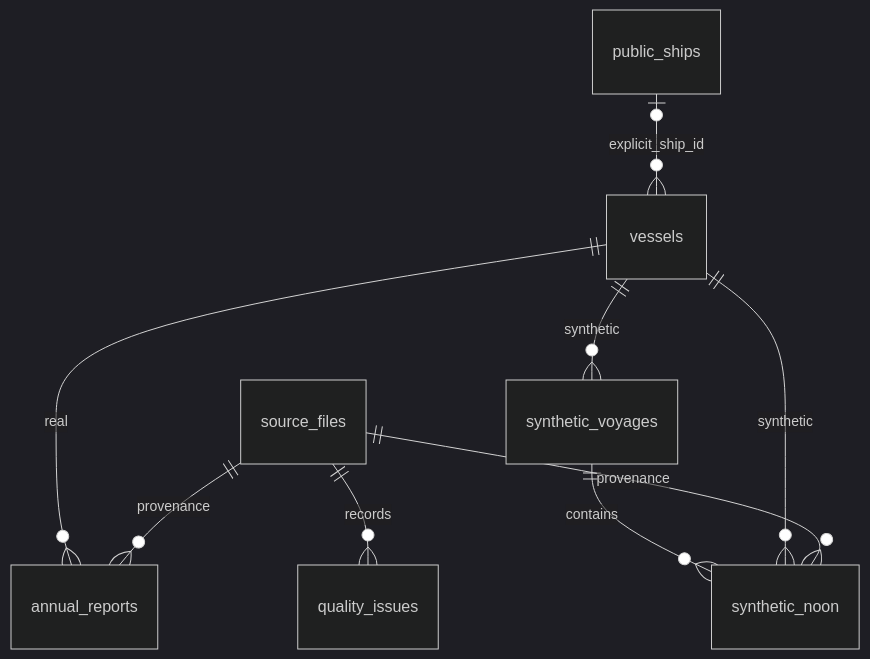
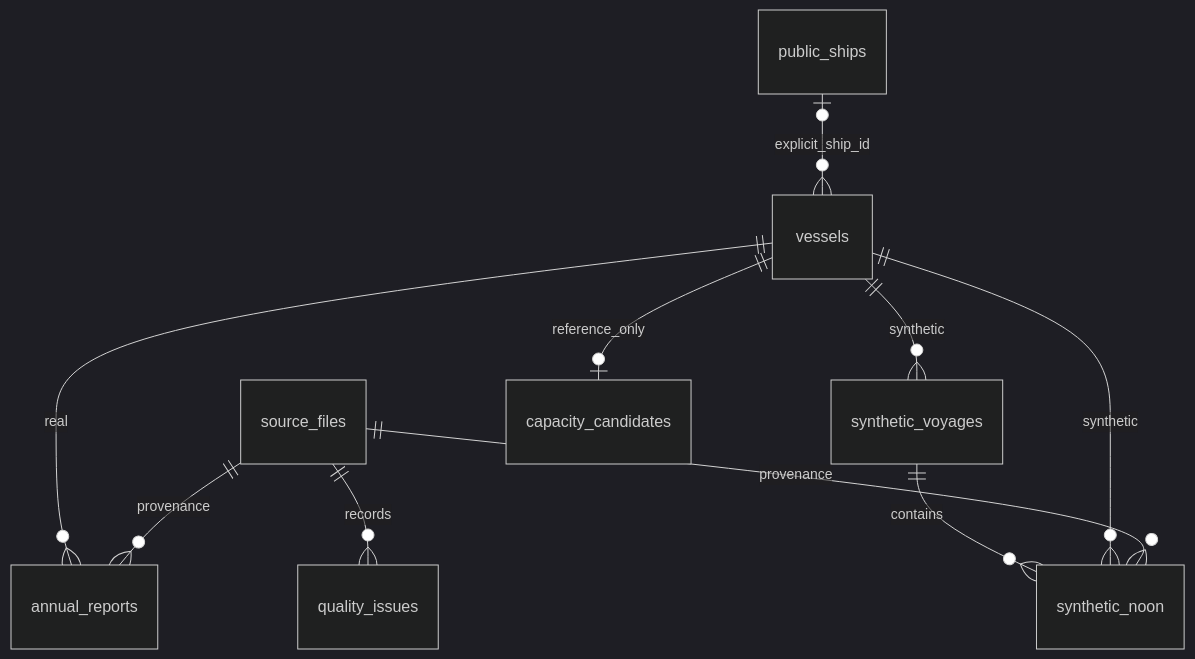
One commit to JongmuLee/sea-the-answer changed the second of 2 diagrams in docs/data-model.md. Above: the diagram before and after it, drawn with Mermaid (dark theme). The commit also changed other lines of this file and 18 other files, not shown here.

Commit message:
feat: add reference-only MRV intensity with separate capacity candidates

````diff
--- a/docs/data-model.md
+++ b/docs/data-model.md
@@ -177,11 +177,12 @@
 ```mermaid
 erDiagram
   public_ships o|--o{ vessels : explicit_ship_id
   source_files ||--o{ annual_reports : provenance
   source_files ||--o{ synthetic_noon : provenance
   source_files ||--o{ quality_issues : records
   vessels ||--o{ annual_reports : real
   vessels ||--o{ synthetic_voyages : synthetic
   vessels ||--o{ synthetic_noon : synthetic
+  vessels ||--o| capacity_candidates : reference_only
   synthetic_voyages ||--o{ synthetic_noon : contains
 ```
````
